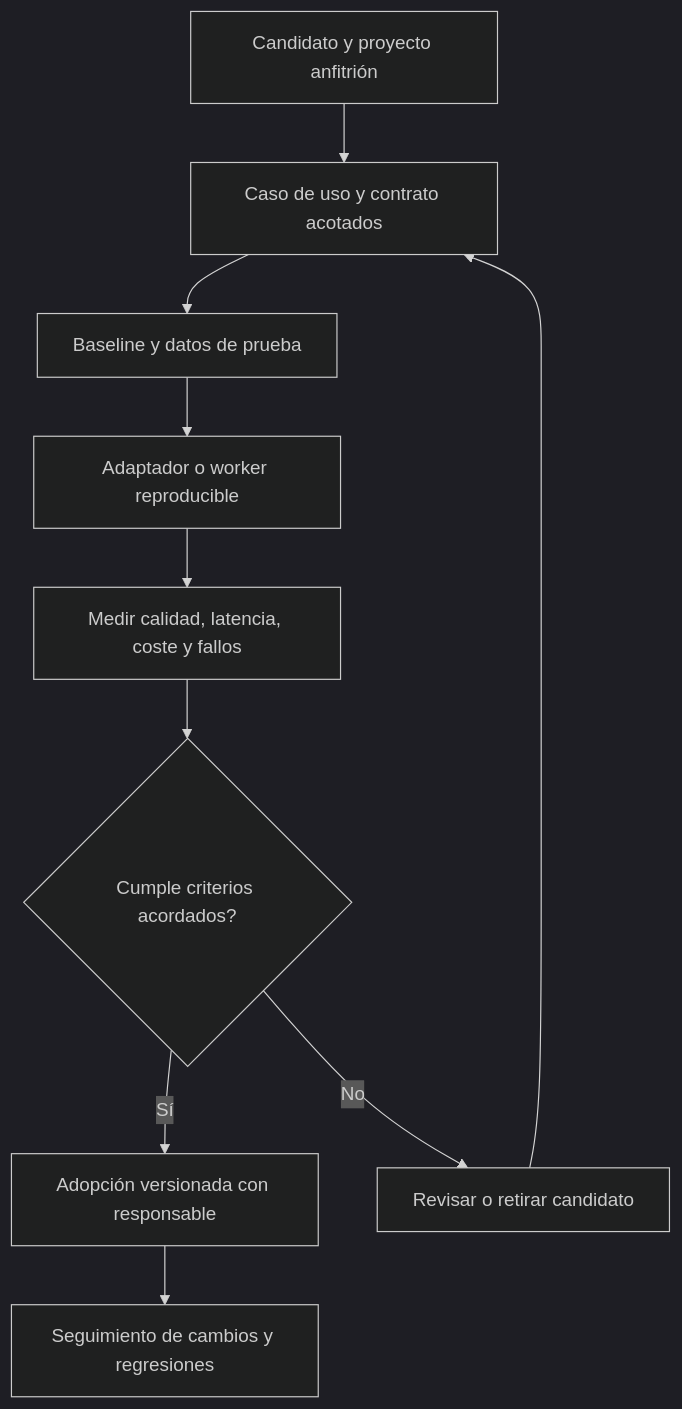
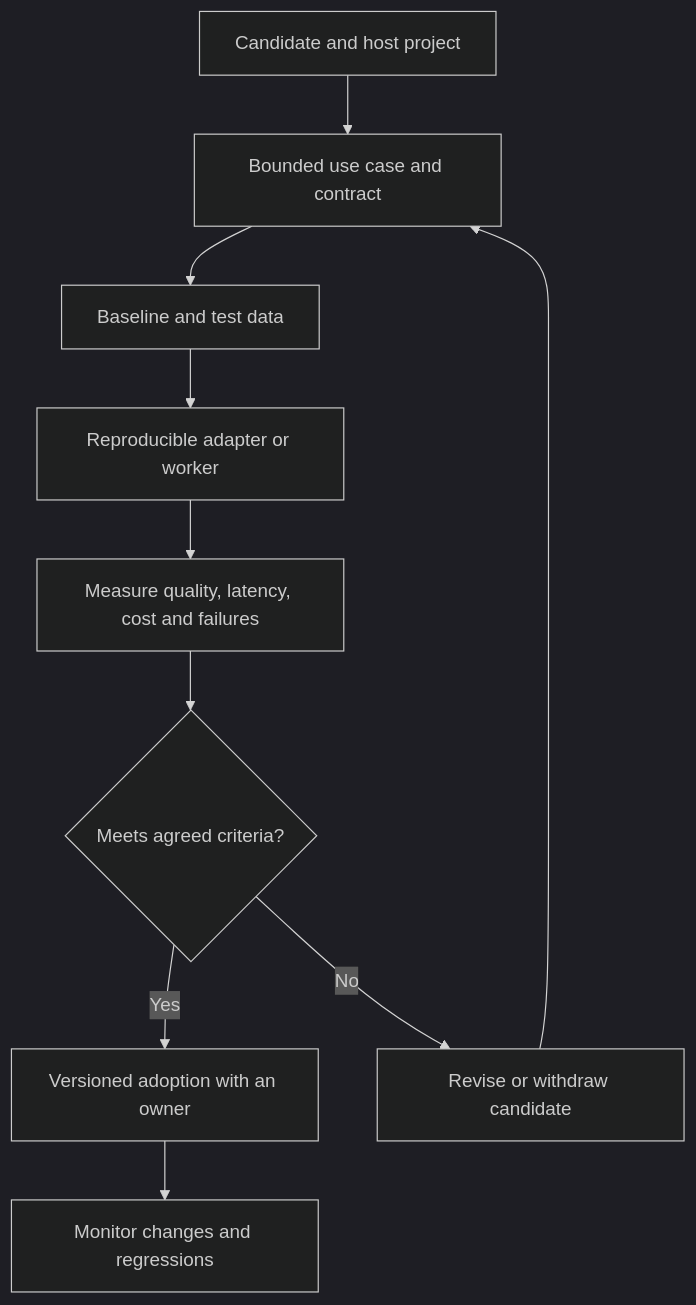
The second of 2 diagrams in docs/propuesta-integracion-portafolio-jfx.md (sdk2035/sdk2035), drawn with Mermaid (dark theme) before and after one commit. The commit also changed other lines of this file and 1 other file, not shown here.

````diff
--- a/docs/propuesta-integracion-portafolio-jfx.md
+++ b/docs/propuesta-integracion-portafolio-jfx.md
@@ -276,12 +278,12 @@
 ```mermaid
 flowchart TB
-    catalog["Candidato y proyecto anfitrión"] --> scope["Caso de uso y contrato acotados"]
-    scope --> baseline["Baseline y datos de prueba"]
-    baseline --> prototype["Adaptador o worker reproducible"]
-    prototype --> measure["Medir calidad, latencia, coste y fallos"]
-    measure --> decision{"Cumple criterios acordados?"}
-    decision -->|Sí| adopt["Adopción versionada con responsable"]
-    decision -->|No| revise["Revisar o retirar candidato"]
+    catalog["Candidate and host project"] --> scope["Bounded use case and contract"]
+    scope --> baseline["Baseline and test data"]
+    baseline --> prototype["Reproducible adapter or worker"]
+    prototype --> measure["Measure quality, latency, cost and failures"]
+    measure --> decision{"Meets agreed criteria?"}
+    decision -->|Yes| adopt["Versioned adoption with an owner"]
+    decision -->|No| revise["Revise or withdraw candidate"]
     revise --> scope
-    adopt --> monitor["Seguimiento de cambios y regresiones"]
+    adopt --> monitor["Monitor changes and regressions"]
 ```
````
